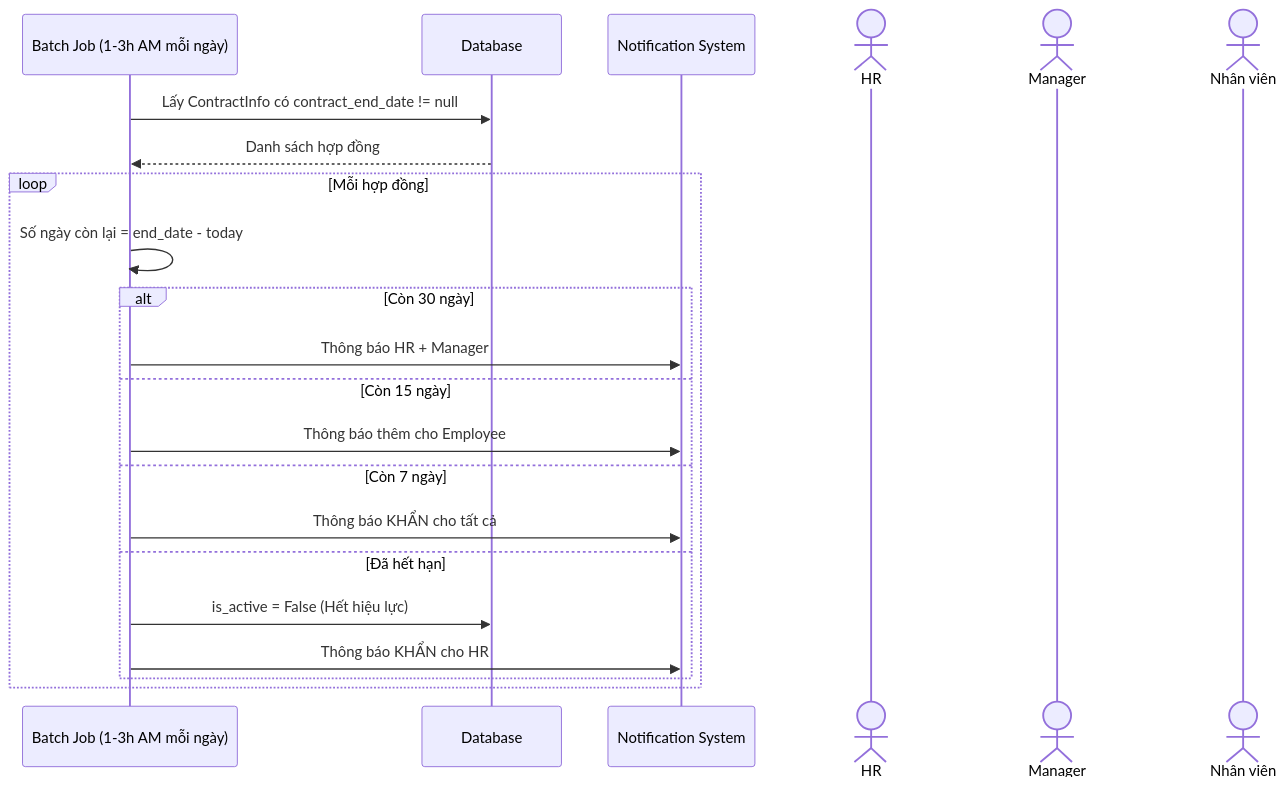
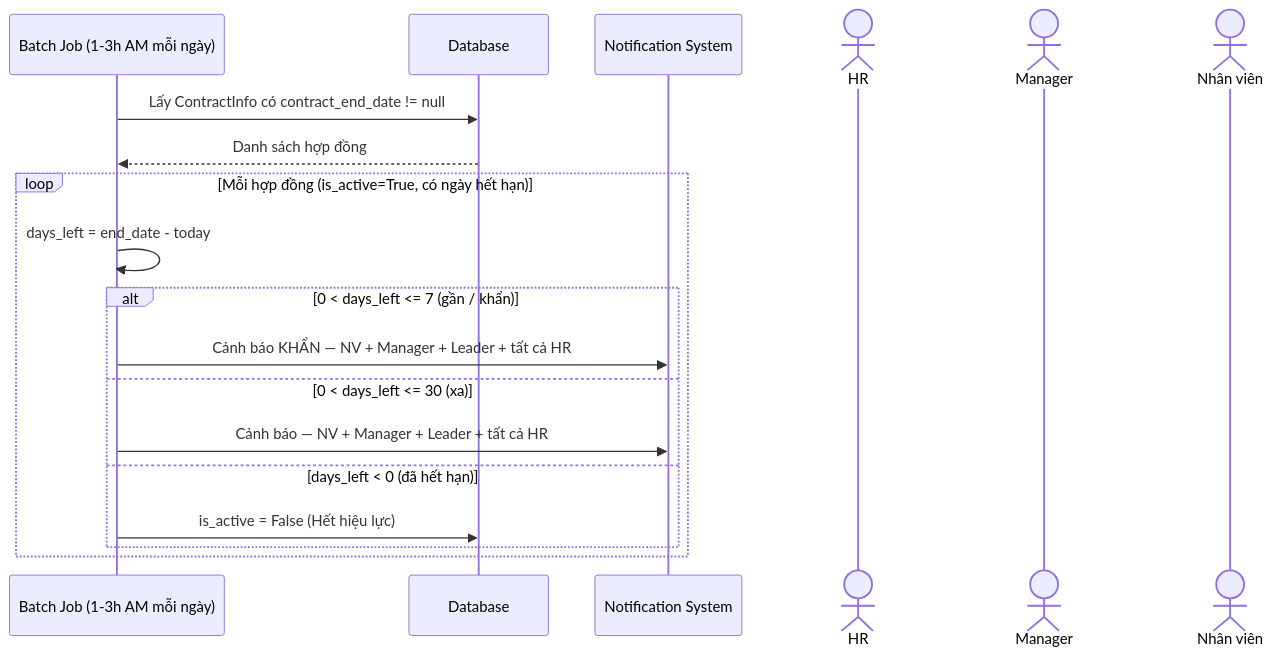
The ninth of 18 diagrams in walkthrough.md (hohoangluan/Business_web_project), drawn with Mermaid before and after one commit. The commit also changed other lines of this file and 5 other files, not shown here.

Commit message:
Thêm các file .md diagram

````diff
--- a/walkthrough.md
+++ b/walkthrough.md
@@ -718,26 +716,23 @@
 ```mermaid
 sequenceDiagram
     participant Cron as Batch Job (1-3h AM mỗi ngày)
     participant DB as Database
     participant Notif as Notification System
     actor HR as HR
     actor Manager as Manager
     actor Employee as Nhân viên
 
     Cron->>DB: Lấy ContractInfo có contract_end_date != null
     DB-->>Cron: Danh sách hợp đồng
 
-    loop Mỗi hợp đồng
-        Cron->>Cron: Số ngày còn lại = end_date - today
-        alt Còn 30 ngày
-            Cron->>Notif: Thông báo HR + Manager
-        else Còn 15 ngày
-            Cron->>Notif: Thông báo thêm cho Employee
-        else Còn 7 ngày
-            Cron->>Notif: Thông báo KHẨN cho tất cả
-        else Đã hết hạn
+    loop Mỗi hợp đồng (is_active=True, có ngày hết hạn)
+        Cron->>Cron: days_left = end_date - today
+        alt 0 < days_left <= 7 (gần / khẩn)
+            Cron->>Notif: Cảnh báo KHẨN — NV + Manager + Leader + tất cả HR
+        else 0 < days_left <= 30 (xa)
+            Cron->>Notif: Cảnh báo — NV + Manager + Leader + tất cả HR
+        else days_left < 0 (đã hết hạn)
             Cron->>DB: is_active = False (Hết hiệu lực)
-            Cron->>Notif: Thông báo KHẨN cho HR
         end
     end
 ```
````
